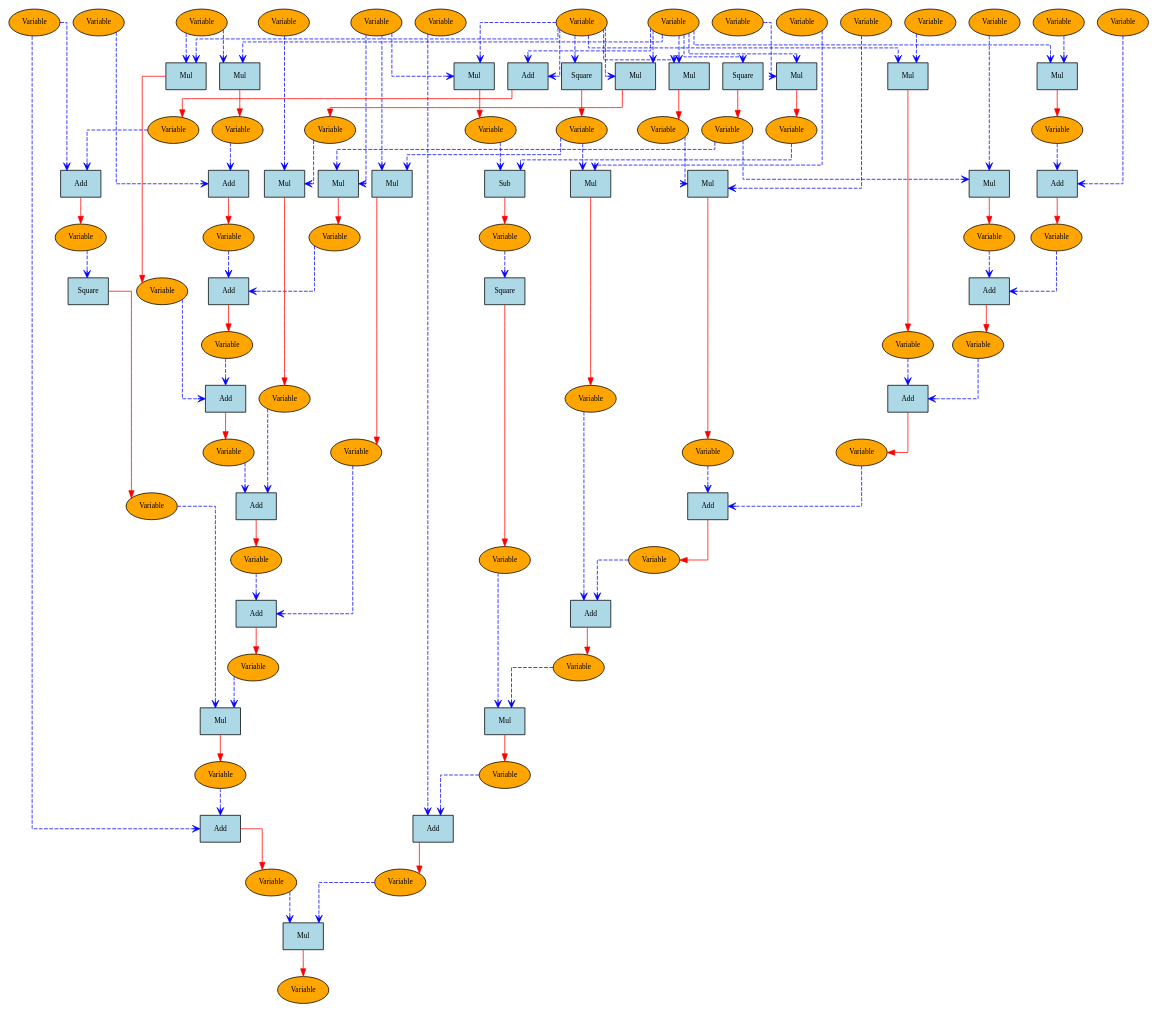
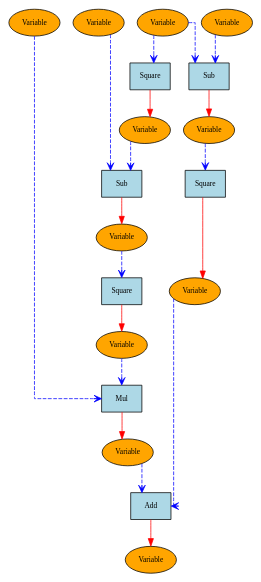
One commit to 3QNRpDwD/TrenchDeep changed the diagram in test.dot. Above: the diagram before and after it, drawn with Graphviz. The commit also changed 5 other files, not shown here.

```diff
--- a/test.dot
+++ b/test.dot
@@ -3,196 +3,41 @@
                     splines=ortho;
                   // orthogonal edges
                     node [shape=ellipse, style=filled, fillcolor=lightgoldenrod1, fontsize=10];
-    { rank=source; "0x29d7da1f2f0"; "0x29d7da1f650"; "0x29d7da1f6e0"; "0x29d7da489a0"; "0x29d7da1fc80"; "0x29d7da1fad0"; "0x29d7da44540"; "0x29d7da1f0b0"; "0x29d7da1f1d0"; "0x29d7da44300"; "0x29d7da1ef90"; "0x29d7da48c70"; "0x29d7da1f5c0"; "0x29d7da1f410"; "0x29d7da28990"; }
-    "0x29d7da1f1d0" [label="Variable", style=filled, fillcolor=orange];
-    "0x29d7da1f2f0" [label="Variable", style=filled, fillcolor=orange];
-    "0x29d7da23810" [label="Add", shape=box, style=filled, fillcolor=lightblue];
-    "0x29d7da1f9b0" [label="Variable", style=filled, fillcolor=orange];
-    "0x29d7da1f1d0" -> "0x29d7da23810" [style=dashed, color=blue, arrowhead=vee];
-    "0x29d7da1f2f0" -> "0x29d7da23810" [style=dashed, color=blue, arrowhead=vee];
-    "0x29d7da23810" -> "0x29d7da1f9b0" [style=solid, color=red, arrowtail=vee];
-    "0x29d7da1f5c0" [label="Variable", style=filled, fillcolor=orange];
-    "0x29d7da23b10" [label="Add", shape=box, style=filled, fillcolor=lightblue];
-    "0x29d7da1fa40" [label="Variable", style=filled, fillcolor=orange];
-    "0x29d7da1f9b0" -> "0x29d7da23b10" [style=dashed, color=blue, arrowhead=vee];
-    "0x29d7da1f5c0" -> "0x29d7da23b10" [style=dashed, color=blue, arrowhead=vee];
-    "0x29d7da23b10" -> "0x29d7da1fa40" [style=solid, color=red, arrowtail=vee];
-    "0x29d7da23870" [label="Square", shape=box, style=filled, fillcolor=lightblue];
-    "0x29d7da1fbf0" [label="Variable", style=filled, fillcolor=orange];
-    "0x29d7da1f1d0" -> "0x29d7da23870" [style=dashed, color=blue, arrowhead=vee];
-    "0x29d7da23870" -> "0x29d7da1fbf0" [style=solid, color=red, arrowtail=vee];
-    "0x29d7da238a0" [label="Square", shape=box, style=filled, fillcolor=lightblue];
-    "0x29d7da285a0" [label="Variable", style=filled, fillcolor=orange];
-    "0x29d7da1f2f0" -> "0x29d7da238a0" [style=dashed, color=blue, arrowhead=vee];
-    "0x29d7da238a0" -> "0x29d7da285a0" [style=solid, color=red, arrowtail=vee];
-    "0x29d7da1fad0" [label="Variable", style=filled, fillcolor=orange];
-    "0x29d7da23de0" [label="Mul", shape=box, style=filled, fillcolor=lightblue];
-    "0x29d7da27b80" [label="Variable", style=filled, fillcolor=orange];
-    "0x29d7da1fad0" -> "0x29d7da23de0" [style=dashed, color=blue, arrowhead=vee];
-    "0x29d7da1f1d0" -> "0x29d7da23de0" [style=dashed, color=blue, arrowhead=vee];
-    "0x29d7da23de0" -> "0x29d7da27b80" [style=solid, color=red, arrowtail=vee];
-    "0x29d7da1ef90" [label="Variable", style=filled, fillcolor=orange];
-    "0x29d7da23b40" [label="Mul", shape=box, style=filled, fillcolor=lightblue];
-    "0x29d7da27ca0" [label="Variable", style=filled, fillcolor=orange];
-    "0x29d7da1ef90" -> "0x29d7da23b40" [style=dashed, color=blue, arrowhead=vee];
-    "0x29d7da1fbf0" -> "0x29d7da23b40" [style=dashed, color=blue, arrowhead=vee];
-    "0x29d7da23b40" -> "0x29d7da27ca0" [style=solid, color=red, arrowtail=vee];
-    "0x29d7da23e10" [label="Mul", shape=box, style=filled, fillcolor=lightblue];
-    "0x29d7da28120" [label="Variable", style=filled, fillcolor=orange];
-    "0x29d7da1fad0" -> "0x29d7da23e10" [style=dashed, color=blue, arrowhead=vee];
-    "0x29d7da1f2f0" -> "0x29d7da23e10" [style=dashed, color=blue, arrowhead=vee];
-    "0x29d7da23e10" -> "0x29d7da28120" [style=solid, color=red, arrowtail=vee];
-    "0x29d7da23840" [label="Mul", shape=box, style=filled, fillcolor=lightblue];
-    "0x29d7da27430" [label="Variable", style=filled, fillcolor=orange];
-    "0x29d7da1f1d0" -> "0x29d7da23840" [style=dashed, color=blue, arrowhead=vee];
-    "0x29d7da1f2f0" -> "0x29d7da23840" [style=dashed, color=blue, arrowhead=vee];
-    "0x29d7da23840" -> "0x29d7da27430" [style=solid, color=red, arrowtail=vee];
-    "0x29d7da1f410" [label="Variable", style=filled, fillcolor=orange];
-    "0x29d7da23ea0" [label="Mul", shape=box, style=filled, fillcolor=lightblue];
-    "0x29d7da274c0" [label="Variable", style=filled, fillcolor=orange];
-    "0x29d7da1f410" -> "0x29d7da23ea0" [style=dashed, color=blue, arrowhead=vee];
-    "0x29d7da27430" -> "0x29d7da23ea0" [style=dashed, color=blue, arrowhead=vee];
-    "0x29d7da23ea0" -> "0x29d7da274c0" [style=solid, color=red, arrowtail=vee];
-    "0x29d7da23c00" [label="Mul", shape=box, style=filled, fillcolor=lightblue];
-    "0x29d7da26ce0" [label="Variable", style=filled, fillcolor=orange];
-    "0x29d7da1ef90" -> "0x29d7da23c00" [style=dashed, color=blue, arrowhead=vee];
-    "0x29d7da285a0" -> "0x29d7da23c00" [style=dashed, color=blue, arrowhead=vee];
-    "0x29d7da23c00" -> "0x29d7da26ce0" [style=solid, color=red, arrowtail=vee];
-    "0x29d7da28990" [label="Variable", style=filled, fillcolor=orange];
-    "0x29d7da23c30" [label="Add", shape=box, style=filled, fillcolor=lightblue];
-    "0x29d7da28510" [label="Variable", style=filled, fillcolor=orange];
-    "0x29d7da28990" -> "0x29d7da23c30" [style=dashed, color=blue, arrowhead=vee];
-    "0x29d7da27b80" -> "0x29d7da23c30" [style=dashed, color=blue, arrowhead=vee];
-    "0x29d7da23c30" -> "0x29d7da28510" [style=solid, color=red, arrowtail=vee];
-    "0x29d7da23a20" [label="Add", shape=box, style=filled, fillcolor=lightblue];
-    "0x29d7da26f20" [label="Variable", style=filled, fillcolor=orange];
-    "0x29d7da28510" -> "0x29d7da23a20" [style=dashed, color=blue, arrowhead=vee];
-    "0x29d7da27ca0" -> "0x29d7da23a20" [style=dashed, color=blue, arrowhead=vee];
-    "0x29d7da23a20" -> "0x29d7da26f20" [style=solid, color=red, arrowtail=vee];
-    "0x29d7da23d20" [label="Add", shape=box, style=filled, fillcolor=lightblue];
-    "0x29d7da28000" [label="Variable", style=filled, fillcolor=orange];
-    "0x29d7da26f20" -> "0x29d7da23d20" [style=dashed, color=blue, arrowhead=vee];
-    "0x29d7da28120" -> "0x29d7da23d20" [style=dashed, color=blue, arrowhead=vee];
-    "0x29d7da23d20" -> "0x29d7da28000" [style=solid, color=red, arrowtail=vee];
-    "0x29d7da23ed0" [label="Add", shape=box, style=filled, fillcolor=lightblue];
-    "0x29d7da28750" [label="Variable", style=filled, fillcolor=orange];
-    "0x29d7da28000" -> "0x29d7da23ed0" [style=dashed, color=blue, arrowhead=vee];
-    "0x29d7da274c0" -> "0x29d7da23ed0" [style=dashed, color=blue, arrowhead=vee];
-    "0x29d7da23ed0" -> "0x29d7da28750" [style=solid, color=red, arrowtail=vee];
-    "0x29d7da23ab0" [label="Add", shape=box, style=filled, fillcolor=lightblue];
-    "0x29d7da282d0" [label="Variable", style=filled, fillcolor=orange];
-    "0x29d7da28750" -> "0x29d7da23ab0" [style=dashed, color=blue, arrowhead=vee];
-    "0x29d7da26ce0" -> "0x29d7da23ab0" [style=dashed, color=blue, arrowhead=vee];
-    "0x29d7da23ab0" -> "0x29d7da282d0" [style=solid, color=red, arrowtail=vee];
-    "0x29d7da23d50" [label="Square", shape=box, style=filled, fillcolor=lightblue];
-    "0x29d7da3c8f0" [label="Variable", style=filled, fillcolor=orange];
-    "0x29d7da1fa40" -> "0x29d7da23d50" [style=dashed, color=blue, arrowhead=vee];
-    "0x29d7da23d50" -> "0x29d7da3c8f0" [style=solid, color=red, arrowtail=vee];
-    "0x29d7da23d80" [label="Mul", shape=box, style=filled, fillcolor=lightblue];
-    "0x29d7da48760" [label="Variable", style=filled, fillcolor=orange];
-    "0x29d7da3c8f0" -> "0x29d7da23d80" [style=dashed, color=blue, arrowhead=vee];
-    "0x29d7da282d0" -> "0x29d7da23d80" [style=dashed, color=blue, arrowhead=vee];
-    "0x29d7da23d80" -> "0x29d7da48760" [style=solid, color=red, arrowtail=vee];
-    "0x29d7da46a20" [label="Add", shape=box, style=filled, fillcolor=lightblue];
-    "0x29d7da48a30" [label="Variable", style=filled, fillcolor=orange];
-    "0x29d7da1f5c0" -> "0x29d7da46a20" [style=dashed, color=blue, arrowhead=vee];
-    "0x29d7da48760" -> "0x29d7da46a20" [style=dashed, color=blue, arrowhead=vee];
-    "0x29d7da46a20" -> "0x29d7da48a30" [style=solid, color=red, arrowtail=vee];
-    "0x29d7da1f0b0" [label="Variable", style=filled, fillcolor=orange];
-    "0x29d7da46a80" [label="Mul", shape=box, style=filled, fillcolor=lightblue];
-    "0x29d7da487f0" [label="Variable", style=filled, fillcolor=orange];
-    "0x29d7da1f0b0" -> "0x29d7da46a80" [style=dashed, color=blue, arrowhead=vee];
-    "0x29d7da1f1d0" -> "0x29d7da46a80" [style=dashed, color=blue, arrowhead=vee];
-    "0x29d7da46a80" -> "0x29d7da487f0" [style=solid, color=red, arrowtail=vee];
-    "0x29d7da46b40" [label="Mul", shape=box, style=filled, fillcolor=lightblue];
-    "0x29d7da485b0" [label="Variable", style=filled, fillcolor=orange];
-    "0x29d7da1ef90" -> "0x29d7da46b40" [style=dashed, color=blue, arrowhead=vee];
-    "0x29d7da1f2f0" -> "0x29d7da46b40" [style=dashed, color=blue, arrowhead=vee];
-    "0x29d7da46b40" -> "0x29d7da485b0" [style=solid, color=red, arrowtail=vee];
-    "0x29d7da469c0" [label="Sub", shape=box, style=filled, fillcolor=lightblue];
-    "0x29d7da48be0" [label="Variable", style=filled, fillcolor=orange];
-    "0x29d7da487f0" -> "0x29d7da469c0" [style=dashed, color=blue, arrowhead=vee];
-    "0x29d7da485b0" -> "0x29d7da469c0" [style=dashed, color=blue, arrowhead=vee];
-    "0x29d7da469c0" -> "0x29d7da48be0" [style=solid, color=red, arrowtail=vee];
-    "0x29d7da1f650" [label="Variable", style=filled, fillcolor=orange];
-    "0x29d7da469f0" [label="Mul", shape=box, style=filled, fillcolor=lightblue];
-    "0x29d7da48880" [label="Variable", style=filled, fillcolor=orange];
-    "0x29d7da1f650" -> "0x29d7da469f0" [style=dashed, color=blue, arrowhead=vee];
-    "0x29d7da1f1d0" -> "0x29d7da469f0" [style=dashed, color=blue, arrowhead=vee];
-    "0x29d7da469f0" -> "0x29d7da48880" [style=solid, color=red, arrowtail=vee];
-    "0x29d7da1fc80" [label="Variable", style=filled, fillcolor=orange];
-    "0x29d7da46a50" [label="Mul", shape=box, style=filled, fillcolor=lightblue];
-    "0x29d7da48910" [label="Variable", style=filled, fillcolor=orange];
-    "0x29d7da1fc80" -> "0x29d7da46a50" [style=dashed, color=blue, arrowhead=vee];
-    "0x29d7da1fbf0" -> "0x29d7da46a50" [style=dashed, color=blue, arrowhead=vee];
-    "0x29d7da46a50" -> "0x29d7da48910" [style=solid, color=red, arrowtail=vee];
-    "0x29d7da489a0" [label="Variable", style=filled, fillcolor=orange];
-    "0x29d7da46ab0" [label="Mul", shape=box, style=filled, fillcolor=lightblue];
-    "0x29d7da48640" [label="Variable", style=filled, fillcolor=orange];
-    "0x29d7da489a0" -> "0x29d7da46ab0" [style=dashed, color=blue, arrowhead=vee];
-    "0x29d7da1f2f0" -> "0x29d7da46ab0" [style=dashed, color=blue, arrowhead=vee];
-    "0x29d7da46ab0" -> "0x29d7da48640" [style=solid, color=red, arrowtail=vee];
-    "0x29d7da46ae0" [label="Mul", shape=box, style=filled, fillcolor=lightblue];
-    "0x29d7da48ac0" [label="Variable", style=filled, fillcolor=orange];
-    "0x29d7da1f1d0" -> "0x29d7da46ae0" [style=dashed, color=blue, arrowhead=vee];
-    "0x29d7da1f2f0" -> "0x29d7da46ae0" [style=dashed, color=blue, arrowhead=vee];
-    "0x29d7da46ae0" -> "0x29d7da48ac0" [style=solid, color=red, arrowtail=vee];
-    "0x29d7da1f6e0" [label="Variable", style=filled, fillcolor=orange];
-    "0x29d7da46b10" [label="Mul", shape=box, style=filled, fillcolor=lightblue];
-    "0x29d7da48b50" [label="Variable", style=filled, fillcolor=orange];
-    "0x29d7da1f6e0" -> "0x29d7da46b10" [style=dashed, color=blue, arrowhead=vee];
-    "0x29d7da48ac0" -> "0x29d7da46b10" [style=dashed, color=blue, arrowhead=vee];
-    "0x29d7da46b10" -> "0x29d7da48b50" [style=solid, color=red, arrowtail=vee];
-    "0x29d7da48c70" [label="Variable", style=filled, fillcolor=orange];
-    "0x29d7da56fb0" [label="Mul", shape=box, style=filled, fillcolor=lightblue];
-    "0x29d7da486d0" [label="Variable", style=filled, fillcolor=orange];
-    "0x29d7da48c70" -> "0x29d7da56fb0" [style=dashed, color=blue, arrowhead=vee];
-    "0x29d7da285a0" -> "0x29d7da56fb0" [style=dashed, color=blue, arrowhead=vee];
-    "0x29d7da56fb0" -> "0x29d7da486d0" [style=solid, color=red, arrowtail=vee];
-    "0x29d7da44540" [label="Variable", style=filled, fillcolor=orange];
-    "0x29d7da56f50" [label="Add", shape=box, style=filled, fillcolor=lightblue];
-    "0x29d7da43c40" [label="Variable", style=filled, fillcolor=orange];
-    "0x29d7da44540" -> "0x29d7da56f50" [style=dashed, color=blue, arrowhead=vee];
-    "0x29d7da48880" -> "0x29d7da56f50" [style=dashed, color=blue, arrowhead=vee];
-    "0x29d7da56f50" -> "0x29d7da43c40" [style=solid, color=red, arrowtail=vee];
-    "0x29d7da56d70" [label="Add", shape=box, style=filled, fillcolor=lightblue];
-    "0x29d7da448a0" [label="Variable", style=filled, fillcolor=orange];
-    "0x29d7da43c40" -> "0x29d7da56d70" [style=dashed, color=blue, arrowhead=vee];
-    "0x29d7da48910" -> "0x29d7da56d70" [style=dashed, color=blue, arrowhead=vee];
-    "0x29d7da56d70" -> "0x29d7da448a0" [style=solid, color=red, arrowtail=vee];
-    "0x29d7da57070" [label="Add", shape=box, style=filled, fillcolor=lightblue];
-    "0x29d7da44810" [label="Variable", style=filled, fillcolor=orange];
-    "0x29d7da448a0" -> "0x29d7da57070" [style=dashed, color=blue, arrowhead=vee];
-    "0x29d7da48640" -> "0x29d7da57070" [style=dashed, color=blue, arrowhead=vee];
-    "0x29d7da57070" -> "0x29d7da44810" [style=solid, color=red, arrowtail=vee];
-    "0x29d7da56e00" [label="Add", shape=box, style=filled, fillcolor=lightblue];
-    "0x29d7da44270" [label="Variable", style=filled, fillcolor=orange];
-    "0x29d7da44810" -> "0x29d7da56e00" [style=dashed, color=blue, arrowhead=vee];
-    "0x29d7da48b50" -> "0x29d7da56e00" [style=dashed, color=blue, arrowhead=vee];
-    "0x29d7da56e00" -> "0x29d7da44270" [style=solid, color=red, arrowtail=vee];
-    "0x29d7da56f80" [label="Add", shape=box, style=filled, fillcolor=lightblue];
-    "0x29d7da44780" [label="Variable", style=filled, fillcolor=orange];
-    "0x29d7da44270" -> "0x29d7da56f80" [style=dashed, color=blue, arrowhead=vee];
-    "0x29d7da486d0" -> "0x29d7da56f80" [style=dashed, color=blue, arrowhead=vee];
-    "0x29d7da56f80" -> "0x29d7da44780" [style=solid, color=red, arrowtail=vee];
-    "0x29d7da56f20" [label="Square", shape=box, style=filled, fillcolor=lightblue];
-    "0x29d7da44930" [label="Variable", style=filled, fillcolor=orange];
-    "0x29d7da48be0" -> "0x29d7da56f20" [style=dashed, color=blue, arrowhead=vee];
-    "0x29d7da56f20" -> "0x29d7da44930" [style=solid, color=red, arrowtail=vee];
-    "0x29d7da56ef0" [label="Mul", shape=box, style=filled, fillcolor=lightblue];
-    "0x29d7da440c0" [label="Variable", style=filled, fillcolor=orange];
-    "0x29d7da44930" -> "0x29d7da56ef0" [style=dashed, color=blue, arrowhead=vee];
-    "0x29d7da44780" -> "0x29d7da56ef0" [style=dashed, color=blue, arrowhead=vee];
-    "0x29d7da56ef0" -> "0x29d7da440c0" [style=solid, color=red, arrowtail=vee];
-    "0x29d7da44300" [label="Variable", style=filled, fillcolor=orange];
-    "0x29d7da57010" [label="Add", shape=box, style=filled, fillcolor=lightblue];
-    "0x29d7da43d60" [label="Variable", style=filled, fillcolor=orange];
-    "0x29d7da44300" -> "0x29d7da57010" [style=dashed, color=blue, arrowhead=vee];
-    "0x29d7da440c0" -> "0x29d7da57010" [style=dashed, color=blue, arrowhead=vee];
-    "0x29d7da57010" -> "0x29d7da43d60" [style=solid, color=red, arrowtail=vee];
-    "0x29d7da56d40" [label="Mul", shape=box, style=filled, fillcolor=lightblue];
-    "0x29d7da43b20" [label="Variable", style=filled, fillcolor=orange];
-    "0x29d7da48a30" -> "0x29d7da56d40" [style=dashed, color=blue, arrowhead=vee];
-    "0x29d7da43d60" -> "0x29d7da56d40" [style=dashed, color=blue, arrowhead=vee];
-    "0x29d7da56d40" -> "0x29d7da43b20" [style=solid, color=red, arrowtail=vee];
+    { rank=source; "0x1f5a47b2f30"; "0x1f5a47b3290"; "0x1f5a47b2fc0"; "0x1f5a47b30e0"; }
+    "0x1f5a47b2f30" [label="Variable", style=filled, fillcolor=orange];
+    "0x1f5a4792eb0" [label="Square", shape=box, style=filled, fillcolor=lightblue];
+    "0x1f5a47b2ea0" [label="Variable", style=filled, fillcolor=orange];
+    "0x1f5a47b2f30" -> "0x1f5a4792eb0" [style=dashed, color=blue, arrowhead=vee];
+    "0x1f5a4792eb0" -> "0x1f5a47b2ea0" [style=solid, color=red, arrowtail=vee];
+    "0x1f5a47b2fc0" [label="Variable", style=filled, fillcolor=orange];
+    "0x1f5a4792f40" [label="Sub", shape=box, style=filled, fillcolor=lightblue];
+    "0x1f5a47b3050" [label="Variable", style=filled, fillcolor=orange];
+    "0x1f5a47b2fc0" -> "0x1f5a4792f40" [style=dashed, color=blue, arrowhead=vee];
+    "0x1f5a47b2ea0" -> "0x1f5a4792f40" [style=dashed, color=blue, arrowhead=vee];
+    "0x1f5a4792f40" -> "0x1f5a47b3050" [style=solid, color=red, arrowtail=vee];
+    "0x1f5a4792ee0" [label="Square", shape=box, style=filled, fillcolor=lightblue];
+    "0x1f5a47b3560" [label="Variable", style=filled, fillcolor=orange];
+    "0x1f5a47b3050" -> "0x1f5a4792ee0" [style=dashed, color=blue, arrowhead=vee];
+    "0x1f5a4792ee0" -> "0x1f5a47b3560" [style=solid, color=red, arrowtail=vee];
+    "0x1f5a47b3290" [label="Variable", style=filled, fillcolor=orange];
+    "0x1f5a4792e20" [label="Mul", shape=box, style=filled, fillcolor=lightblue];
+    "0x1f5a47b3320" [label="Variable", style=filled, fillcolor=orange];
+    "0x1f5a47b3290" -> "0x1f5a4792e20" [style=dashed, color=blue, arrowhead=vee];
+    "0x1f5a47b3560" -> "0x1f5a4792e20" [style=dashed, color=blue, arrowhead=vee];
+    "0x1f5a4792e20" -> "0x1f5a47b3320" [style=solid, color=red, arrowtail=vee];
+    "0x1f5a47b30e0" [label="Variable", style=filled, fillcolor=orange];
+    "0x1f5a4792e50" [label="Sub", shape=box, style=filled, fillcolor=lightblue];
+    "0x1f5a47b33b0" [label="Variable", style=filled, fillcolor=orange];
+    "0x1f5a47b30e0" -> "0x1f5a4792e50" [style=dashed, color=blue, arrowhead=vee];
+    "0x1f5a47b2f30" -> "0x1f5a4792e50" [style=dashed, color=blue, arrowhead=vee];
+    "0x1f5a4792e50" -> "0x1f5a47b33b0" [style=solid, color=red, arrowtail=vee];
+    "0x1f5a4792fa0" [label="Square", shape=box, style=filled, fillcolor=lightblue];
+    "0x1f5a47b3440" [label="Variable", style=filled, fillcolor=orange];
+    "0x1f5a47b33b0" -> "0x1f5a4792fa0" [style=dashed, color=blue, arrowhead=vee];
+    "0x1f5a4792fa0" -> "0x1f5a47b3440" [style=solid, color=red, arrowtail=vee];
+    "0x1f5a4792e80" [label="Add", shape=box, style=filled, fillcolor=lightblue];
+    "0x1f5a47b3950" [label="Variable", style=filled, fillcolor=orange];
+    "0x1f5a47b3320" -> "0x1f5a4792e80" [style=dashed, color=blue, arrowhead=vee];
+    "0x1f5a47b3440" -> "0x1f5a4792e80" [style=dashed, color=blue, arrowhead=vee];
+    "0x1f5a4792e80" -> "0x1f5a47b3950" [style=solid, color=red, arrowtail=vee];
 }
```
